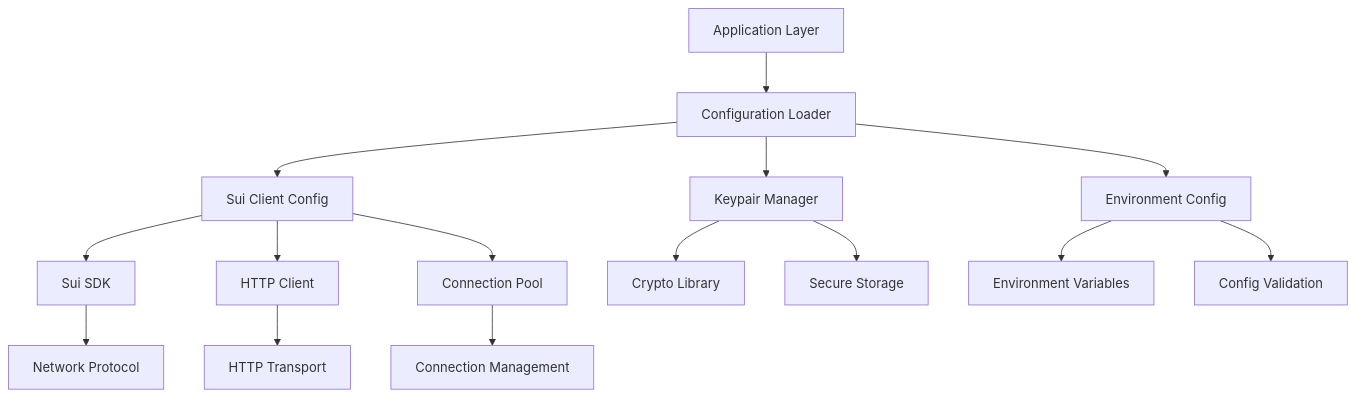
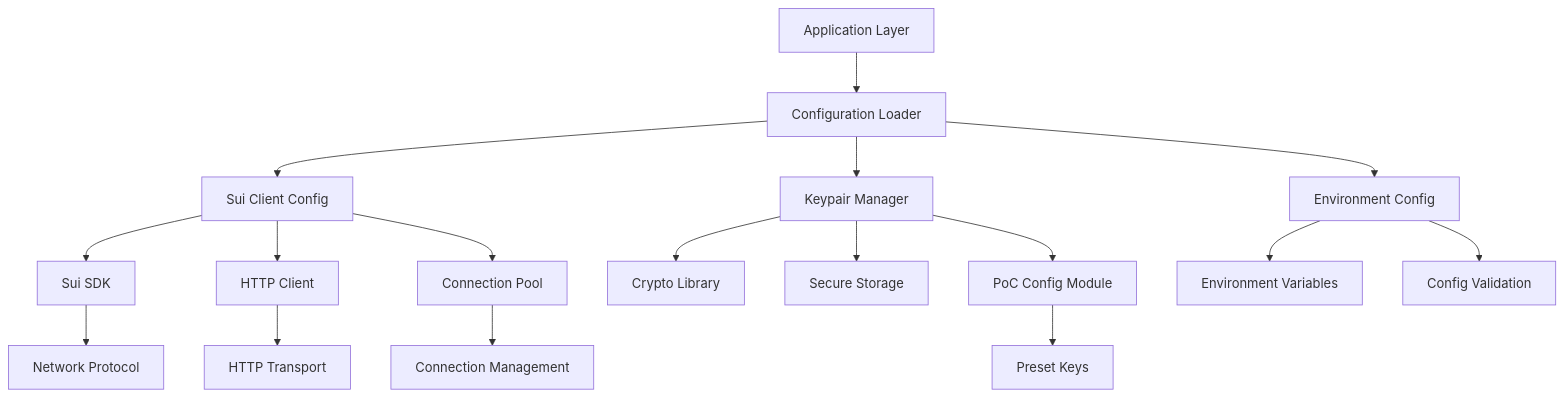
The fifth of 5 diagrams in .qoder/repowiki/en/content/Backend Services/Configuration Management.md (hieudepoet/Insurix), drawn with Mermaid before and after one commit. The commit also changed other lines of this file and 73 other files, not shown here.

````diff
--- a/.qoder/repowiki/en/content/Backend Services/Configuration Management.md
+++ b/.qoder/repowiki/en/content/Backend Services/Configuration Management.md
@@ -214,17 +236,19 @@
 ```mermaid
 graph TD
 A[Application Layer] --> B[Configuration Loader]
 B --> C[Sui Client Config]
 B --> D[Keypair Manager]
 B --> E[Environment Config]
 C --> F[Sui SDK]
 C --> G[HTTP Client]
 C --> H[Connection Pool]
 D --> I[Crypto Library]
 D --> J[Secure Storage]
-E --> K[Environment Variables]
-E --> L[Config Validation]
-F --> M[Network Protocol]
-G --> N[HTTP Transport]
-H --> O[Connection Management]
+D --> K[PoC Config Module]
+E --> L[Environment Variables]
+E --> M[Config Validation]
+F --> N[Network Protocol]
+G --> O[HTTP Transport]
+H --> P[Connection Management]
+K --> Q[Preset Keys]
 ```
````
